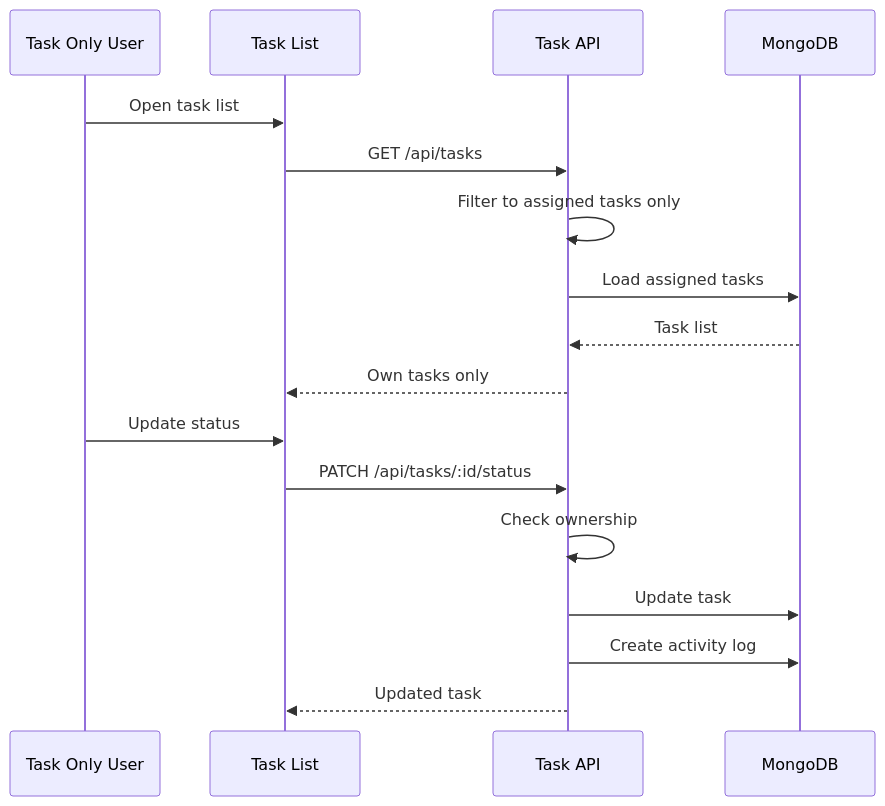
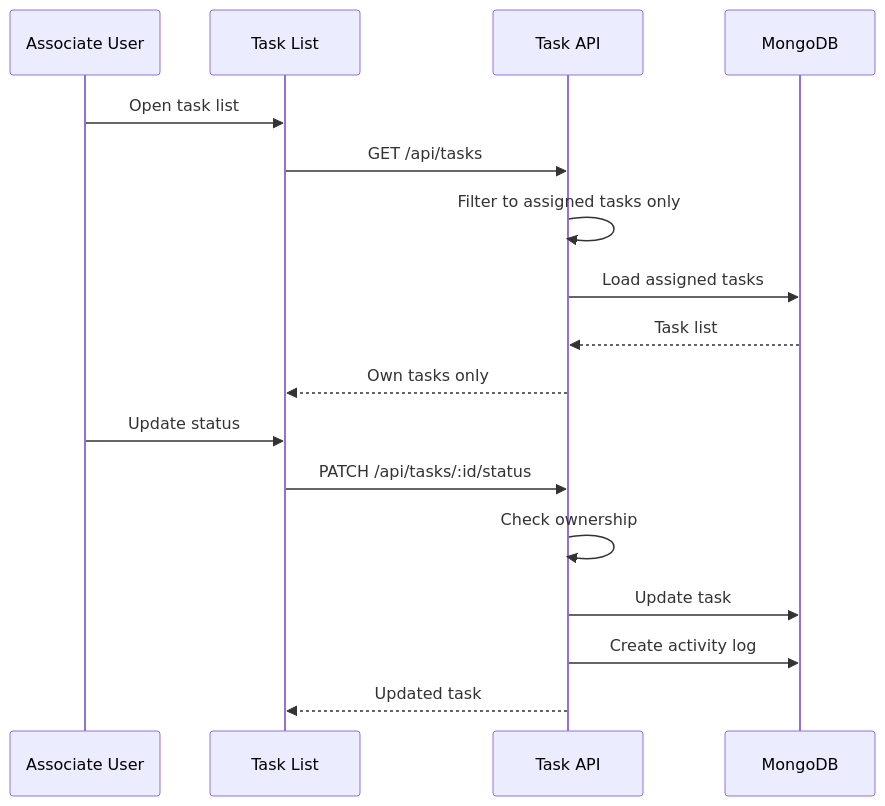
The eighth of 15 diagrams in PROJECT_FLOW_ARCHITECTURE.md (tushar-134/Project1), drawn with Mermaid before and after one commit. The commit also changed other lines of this file and 6 other files, not shown here.

Commit message:
chore: replace remaining occurrences of task_only with associate

````diff
--- a/PROJECT_FLOW_ARCHITECTURE.md
+++ b/PROJECT_FLOW_ARCHITECTURE.md
@@ -181,20 +181,20 @@
 ```mermaid
 sequenceDiagram
-    participant T as Task Only User
+    participant T as Associate User
     participant FE as Task List
     participant API as Task API
     participant DB as MongoDB
 
     T->>FE: Open task list
     FE->>API: GET /api/tasks
     API->>API: Filter to assigned tasks only
     API->>DB: Load assigned tasks
     DB-->>API: Task list
     API-->>FE: Own tasks only
     T->>FE: Update status
     FE->>API: PATCH /api/tasks/:id/status
     API->>API: Check ownership
     API->>DB: Update task
     API->>DB: Create activity log
     API-->>FE: Updated task
 ```
````
